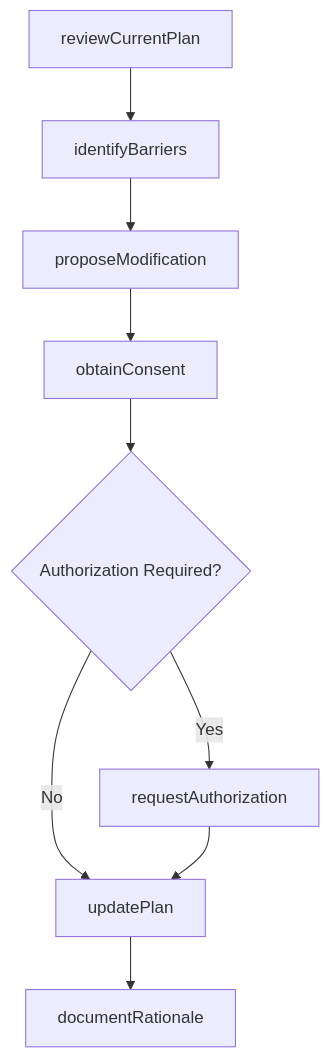
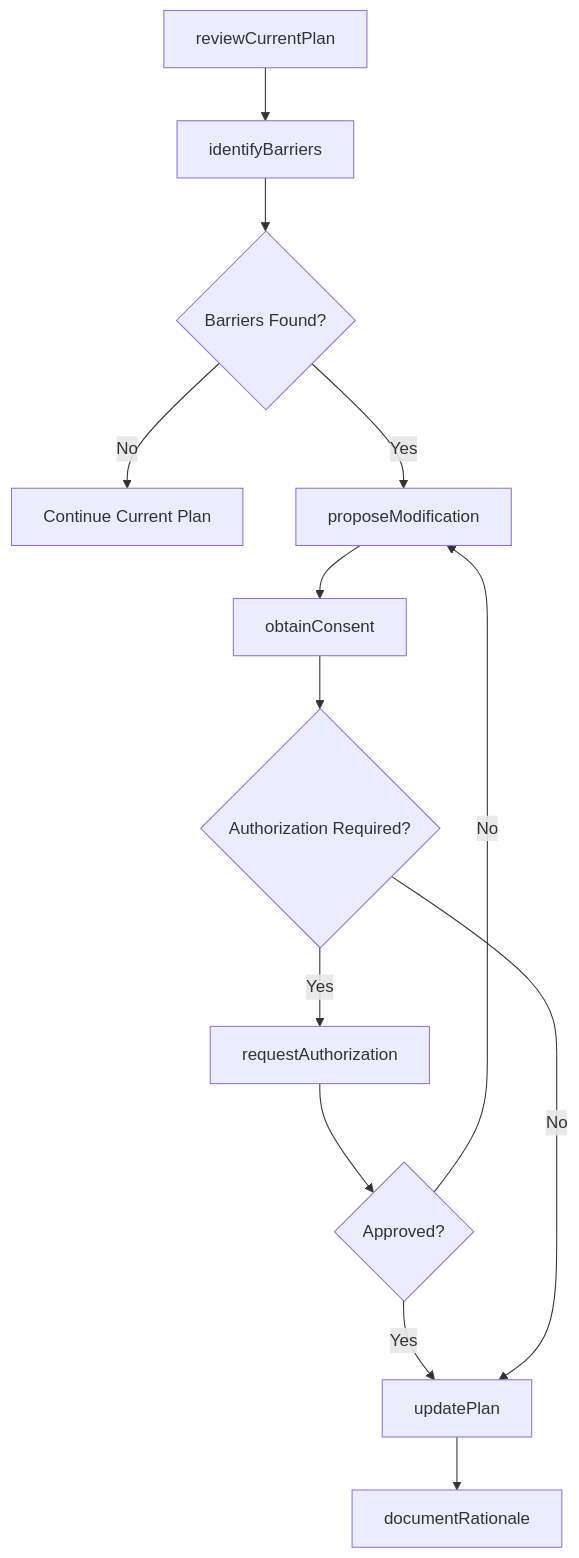
Before and after one commit to dot-org-ai/tasks.org.ai: the third of 4 diagrams in ThinkingCreatively/DevelopPatientOrClientCareOrTreatmentPlans/ModifyTreatmentPlansAccommodateClient.mdx, drawn with Mermaid. The commit also changed other lines of this file and 504 other files, not shown here.

First line of the commit message:
feat: Add ER diagrams, state diagrams, and workflow improvements to 96 DWA task files

````diff
--- a/ThinkingCreatively/DevelopPatientOrClientCareOrTreatmentPlans/ModifyTreatmentPlansAccommodateClient.mdx
+++ b/ThinkingCreatively/DevelopPatientOrClientCareOrTreatmentPlans/ModifyTreatmentPlansAccommodateClient.mdx
@@ -85,11 +114,15 @@
 ```mermaid
 graph TD
     A[reviewCurrentPlan] --> B[identifyBarriers]
-    B --> C[proposeModification]
-    C --> D[obtainConsent]
-    D --> E{Authorization Required?}
-    E -->|Yes| F[requestAuthorization]
-    E -->|No| G[updatePlan]
-    F --> G[updatePlan]
-    G --> H[documentRationale]
+    B --> C{Barriers Found?}
+    C -->|No| D[Continue Current Plan]
+    C -->|Yes| E[proposeModification]
+    E --> F[obtainConsent]
+    F --> G{Authorization Required?}
+    G -->|Yes| H[requestAuthorization]
+    H --> I{Approved?}
+    I -->|No| E
+    I -->|Yes| J[updatePlan]
+    G -->|No| J
+    J --> K[documentRationale]
 ```
````
